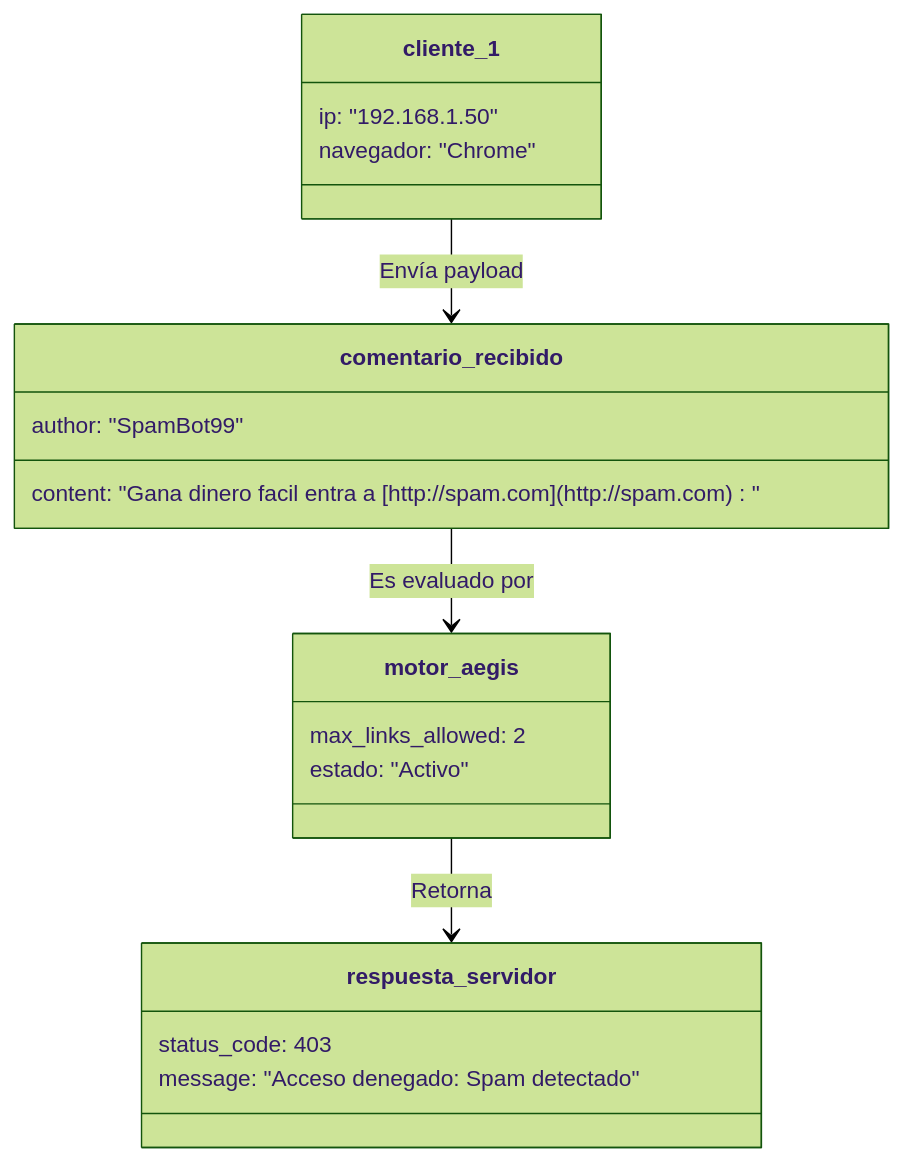
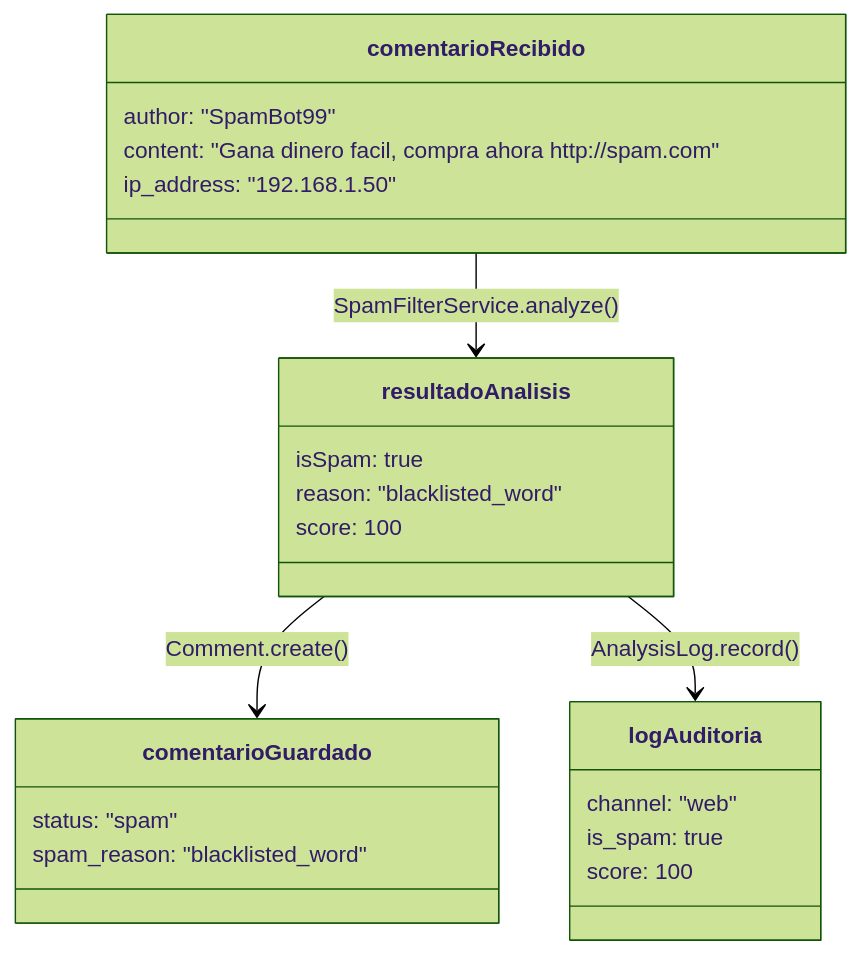
Before and after one commit to UPT-FAING-EPIS/proyecto-si784-2026-i-u1-antispam: the fifth of 11 diagrams in docs/FD04-Informe-Arquitectura.md, drawn with Mermaid (forest theme). The commit also changed other lines of this file, not shown here.

First line of the commit message:
Actualizar diagramas Mermaid del FD04 a la arquitectura real del sistema

````diff
--- a/docs/FD04-Informe-Arquitectura.md
+++ b/docs/FD04-Informe-Arquitectura.md
@@ -231,26 +288,29 @@
 ```mermaid
 classDiagram
-    class cliente_1 {
-        ip: "192.168.1.50"
-        navegador: "Chrome"
-    }
-    
-    class comentario_recibido {
+    class comentarioRecibido {
         author: "SpamBot99"
-        content: "Gana dinero facil entra a [http://spam.com](http://spam.com)"
-    }
-    
-    class motor_aegis {
-        max_links_allowed: 2
-        estado: "Activo"
-    }
-    
-    class respuesta_servidor {
-        status_code: 403
-        message: "Acceso denegado: Spam detectado"
+        content: "Gana dinero facil, compra ahora http://spam.com"
+        ip_address: "192.168.1.50"
     }
 
-    cliente_1 --> comentario_recibido : Envía payload
-    comentario_recibido --> motor_aegis : Es evaluado por
-    motor_aegis --> respuesta_servidor : Retorna
+    class resultadoAnalisis {
+        isSpam: true
+        reason: "blacklisted_word"
+        score: 100
+    }
+
+    class comentarioGuardado {
+        status: "spam"
+        spam_reason: "blacklisted_word"
+    }
+
+    class logAuditoria {
+        channel: "web"
+        is_spam: true
+        score: 100
+    }
+
+    comentarioRecibido --> resultadoAnalisis : SpamFilterService.analyze()
+    resultadoAnalisis --> comentarioGuardado : Comment.create()
+    resultadoAnalisis --> logAuditoria : AnalysisLog.record()
 ```
````
